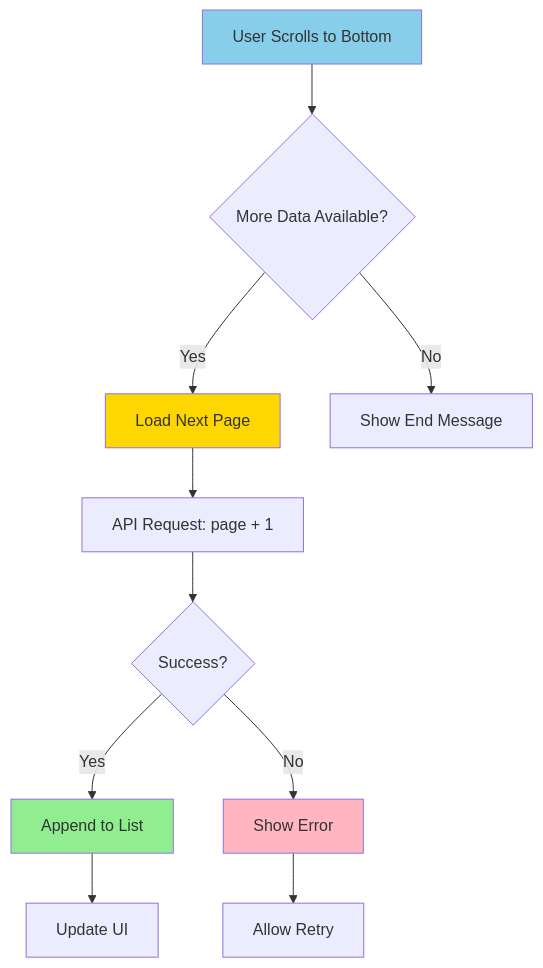
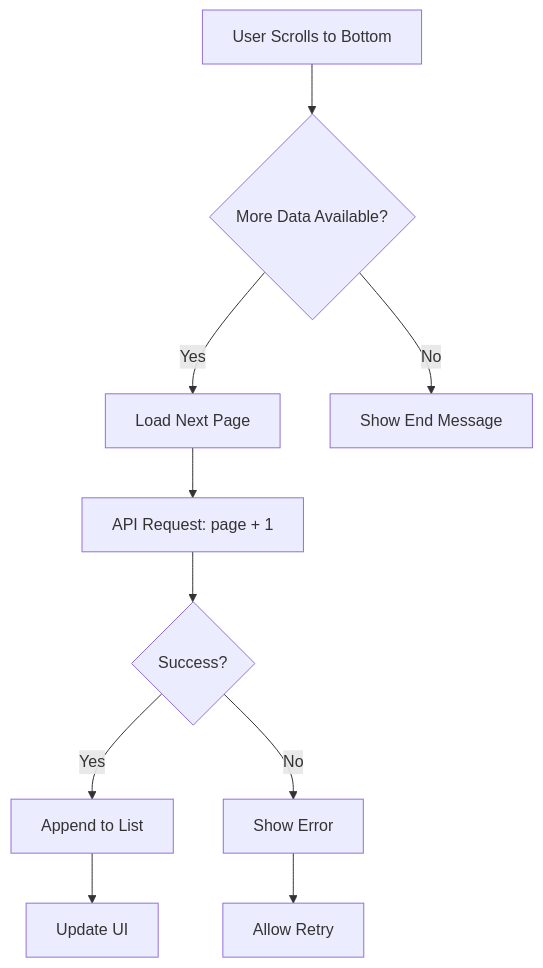
The seventh of 7 diagrams in README.md (AliGad17611/cat_app), drawn with Mermaid before and after one commit. The commit also changed other lines of this file, not shown here.

Commit message:
docs: restructure data flow diagrams in README for clarity and consistency

````diff
--- a/README.md
+++ b/README.md
@@ -334,20 +304,15 @@
 ```mermaid
 flowchart TD
     Start[User Scrolls to Bottom] --> Check{More Data Available?}
     Check -->|Yes| Load[Load Next Page]
     Check -->|No| End[Show End Message]
     
     Load --> API[API Request: page + 1]
     API --> Success{Success?}
     
     Success -->|Yes| Append[Append to List]
     Success -->|No| Error[Show Error]
     
     Append --> Update[Update UI]
     Error --> Retry[Allow Retry]
-    
-    style Start fill:#87CEEB
-    style Load fill:#FFD700
-    style Append fill:#90EE90
-    style Error fill:#FFB6C1
 ```
````
